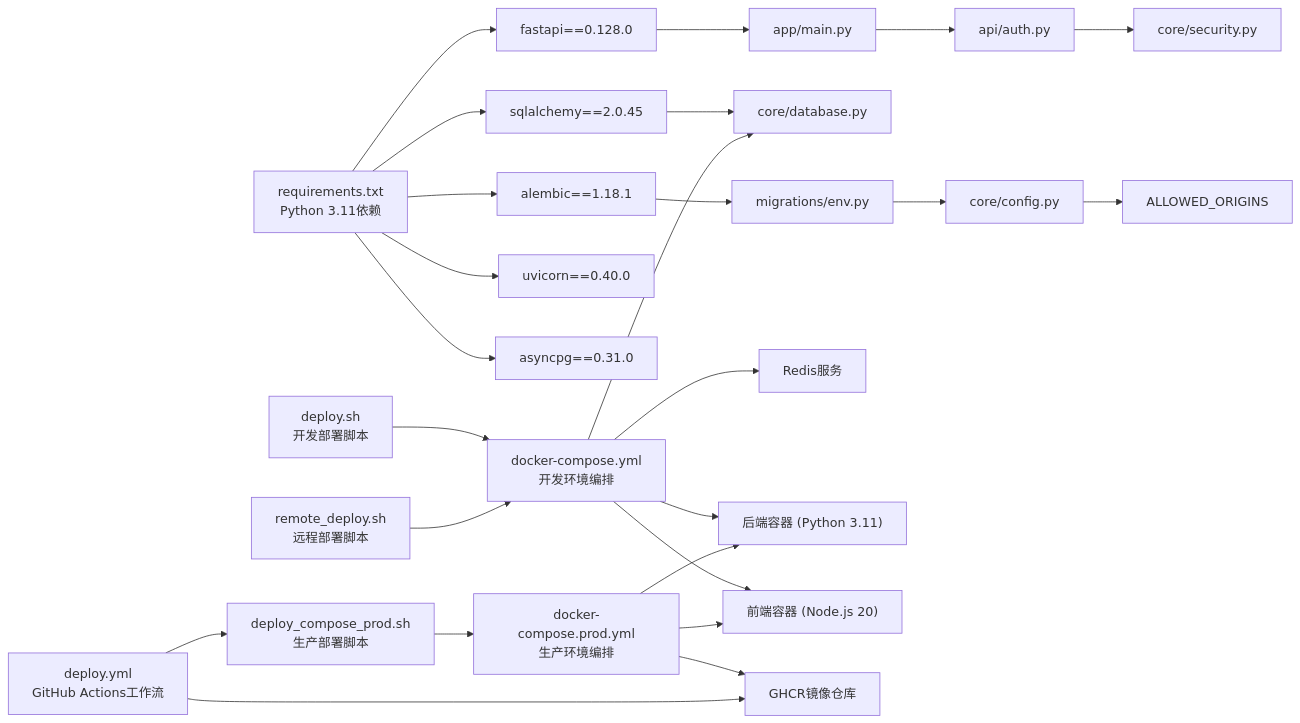
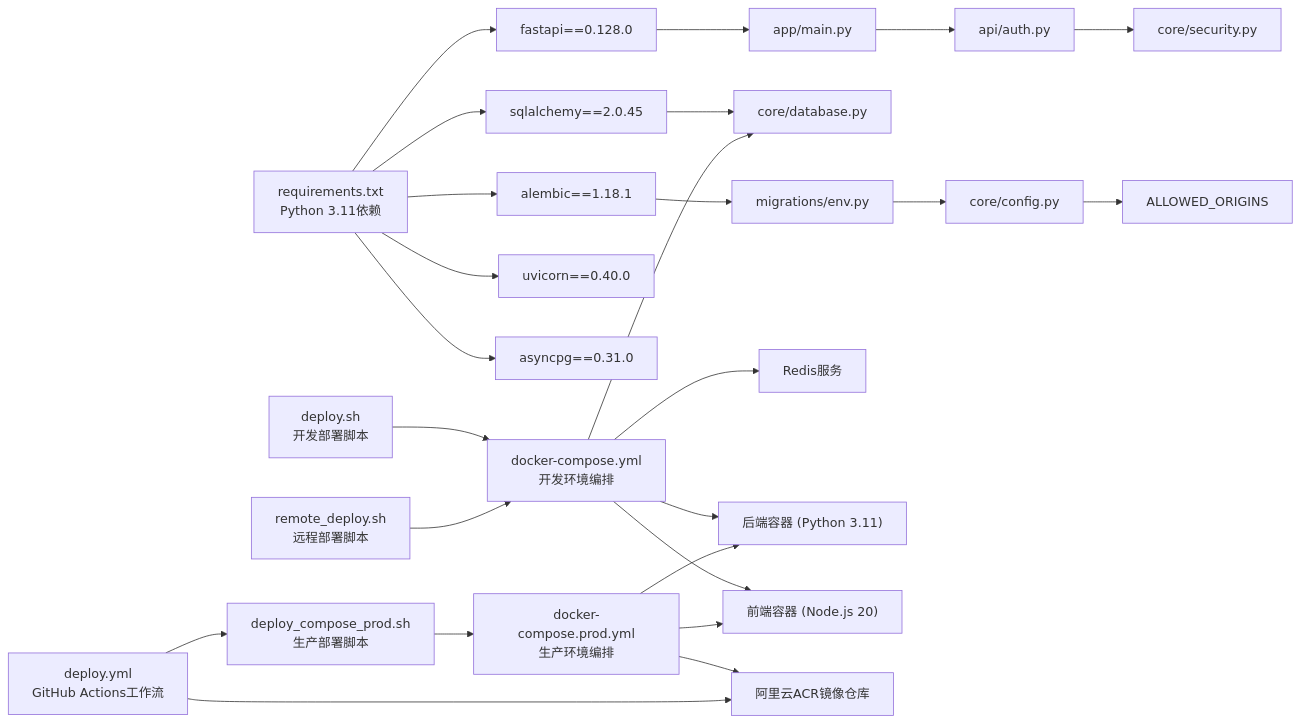
The sixth of 6 diagrams in .qoder/repowiki/zh/content/部署与运维/生产环境部署.md (breeze-lyf/ai-stock-advisor), drawn with Mermaid before and after one commit. The commit also changed other lines of this file and 3 other files, not shown here.

````diff
--- a/.qoder/repowiki/zh/content/部署与运维/生产环境部署.md
+++ b/.qoder/repowiki/zh/content/部署与运维/生产环境部署.md
@@ -373,27 +374,27 @@
 ```mermaid
 graph LR
 Req["requirements.txt<br/>Python 3.11依赖"] --> FastAPI["fastapi==0.128.0"]
 Req --> SQLA["sqlalchemy==2.0.45"]
 Req --> Alembic["alembic==1.18.1"]
 Req --> Uvicorn["uvicorn==0.40.0"]
 Req --> AsyncPg["asyncpg==0.31.0"]
 FastAPI --> AppMain["app/main.py"]
 SQLA --> DB["core/database.py"]
 Alembic --> Env["migrations/env.py"]
 Env --> Cfg["core/config.py"]
 AppMain --> Auth["api/auth.py"]
 Auth --> Sec["core/security.py"]
 Cfg --> EnvOrigins["ALLOWED_ORIGINS"]
 DC["docker-compose.yml<br/>开发环境编排"] --> DB
 DC --> Redis["Redis服务"]
 DC --> Backend["后端容器 (Python 3.11)"]
 DC --> Frontend["前端容器 (Node.js 20)"]
-DCP["docker-compose.prod.yml<br/>生产环境编排"] --> GHCR["GHCR镜像仓库"]
+DCP["docker-compose.prod.yml<br/>生产环境编排"] --> ACR["阿里云ACR镜像仓库"]
 DCP --> Backend
 DCP --> Frontend
 Deploy["deploy.sh<br/>开发部署脚本"] --> DC
 RemoteDeploy["remote_deploy.sh<br/>远程部署脚本"] --> DC
 PCDeploy["deploy_compose_prod.sh<br/>生产部署脚本"] --> DCP
 GHA["deploy.yml<br/>GitHub Actions工作流"] --> PCDeploy
-GHA --> GHCR
+GHA --> ACR
 ```
````
